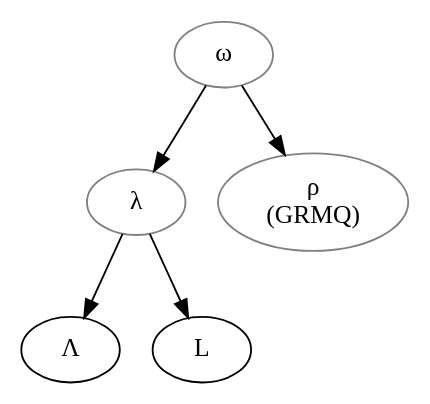
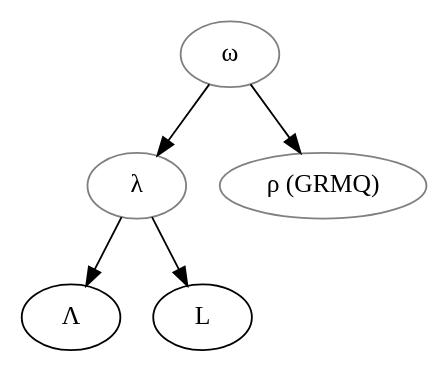
The diagram in data/grc/Erbse_1961_Sophokles-Drama/stemma.gv (OpenStemmata/database), drawn with Graphviz before and after one commit.

Commit message:
Corrected line break error in Sophokles

```diff
--- a/data/grc/Erbse_1961_Sophokles-Drama/stemma.gv
+++ b/data/grc/Erbse_1961_Sophokles-Drama/stemma.gv
@@ -1,10 +1,10 @@
 digraph {
 archetyp[color="grey", label="ω"] 
 grouplambda [label="λ", color="grey"] 
 palimpsestlambda [label="Λ"] 
-grouprho [label="ρ\n(GRMQ)", color="grey"] 
+grouprho [label="ρ (GRMQ)", color="grey"] 
 archetyp -> grouplambda 
 grouplambda -> L 
 grouplambda -> palimpsestlambda 
 archetyp -> grouprho 
 }
```
